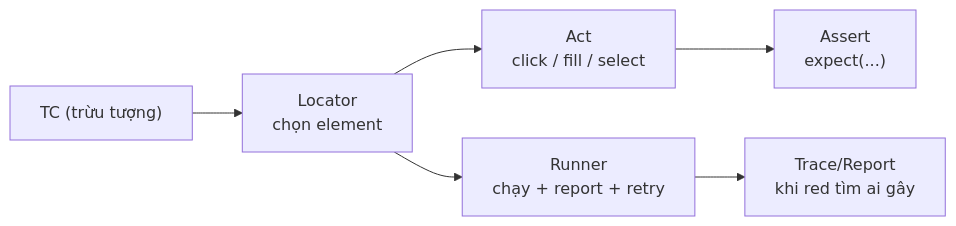
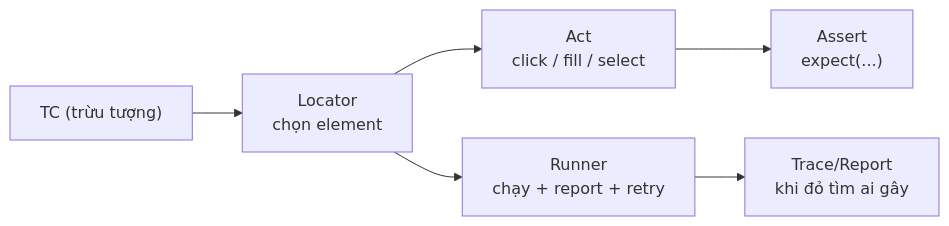
One commit to heino-labs/gen-ai-labs changed the third of 3 diagrams in docs/curriculum/MODULE-06-playwright.md. Above: the diagram before and after it, drawn with Mermaid. The commit also changed other lines of this file and 10 other files, not shown here.

Commit message:
Refactor MODULE-09-capstone.md and README.md for clarity and structure; enhance narrative flow and emphasize evidence-based learning in AI testing curriculum.

````diff
--- a/docs/curriculum/MODULE-06-playwright.md
+++ b/docs/curriculum/MODULE-06-playwright.md
@@ -157,8 +106,8 @@
 ```mermaid
 flowchart LR
     TC["TC (trừu tượng)"] --> L["Locator<br/>chọn element"]
     L --> A["Act<br/>click / fill / select"]
     A --> E["Assert<br/>expect(...)"]
     L --> R["Runner<br/>chạy + report + retry"]
-    R --> RB["Trace/Report<br/>khi red tìm ai gây"]
+    R --> RB["Trace/Report<br/>khi đỏ tìm ai gây"]
 ```
````
